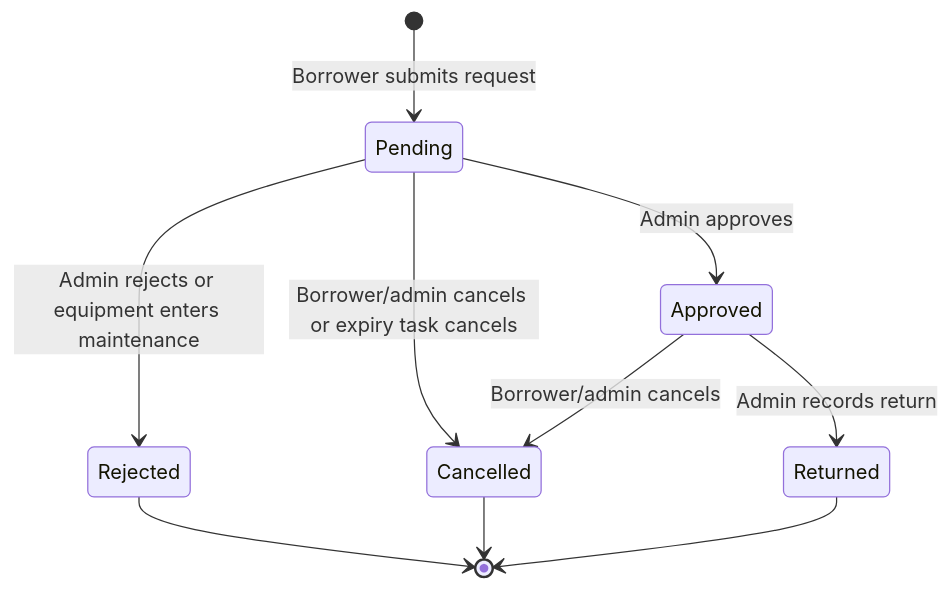
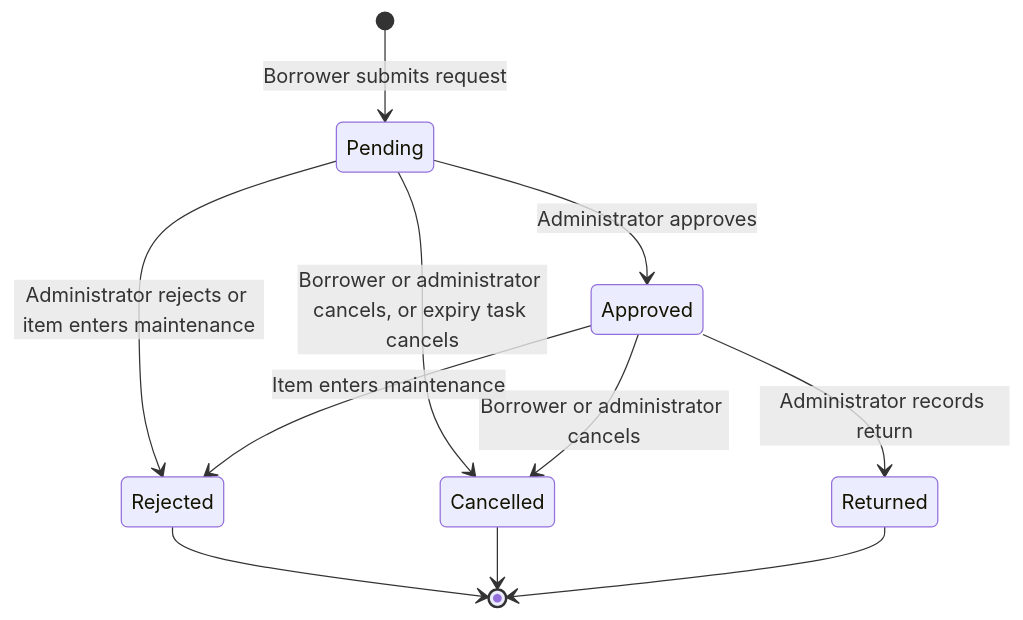
The diagram in docs/workflows/borrowing-lifecycle.md (zamuwelle/broadtrack), drawn with Mermaid before and after one commit. The commit also changed other lines of this file and 11 other files, not shown here.

````diff
--- a/docs/workflows/borrowing-lifecycle.md
+++ b/docs/workflows/borrowing-lifecycle.md
@@ -7,12 +9,13 @@
 ```mermaid
 stateDiagram-v2
     [*] --> Pending: Borrower submits request
-    Pending --> Approved: Admin approves
-    Pending --> Rejected: Admin rejects or equipment enters maintenance
-    Pending --> Cancelled: Borrower/admin cancels or expiry task cancels
-    Approved --> Returned: Admin records return
-    Approved --> Cancelled: Borrower/admin cancels
+    Pending --> Approved: Administrator approves
+    Pending --> Rejected: Administrator rejects or item enters maintenance
+    Pending --> Cancelled: Borrower or administrator cancels, or expiry task cancels
+    Approved --> Returned: Administrator records return
+    Approved --> Cancelled: Borrower or administrator cancels
+    Approved --> Rejected: Item enters maintenance
     Rejected --> [*]
     Cancelled --> [*]
     Returned --> [*]
 ```
````
